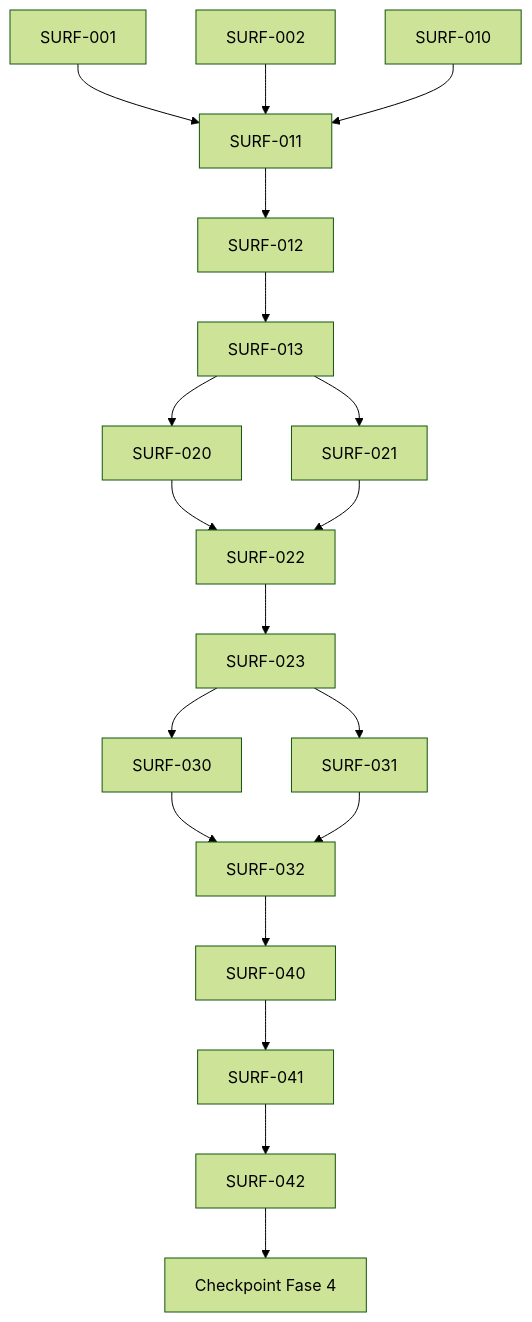
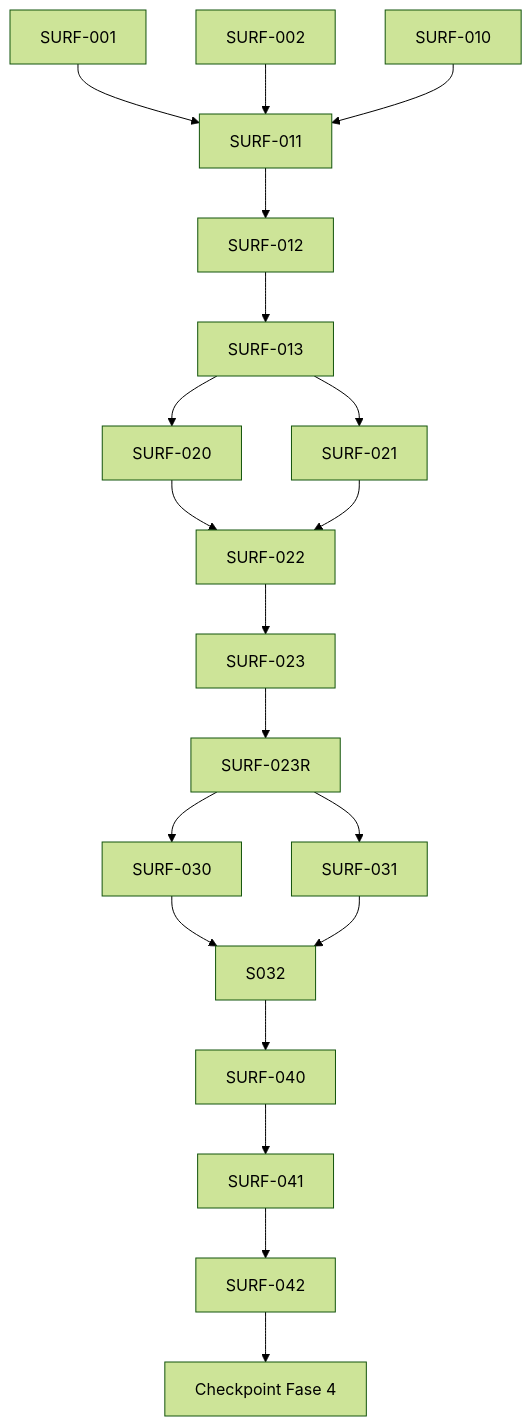
The diagram in .github/agent-tasks/shared-editing-surfaces/MANIFEST.md (Fubeo/Fub), drawn with Mermaid (forest theme) before and after one commit. The commit also changed other lines of this file and 10 other files, not shown here.

````diff
--- a/.github/agent-tasks/shared-editing-surfaces/MANIFEST.md
+++ b/.github/agent-tasks/shared-editing-surfaces/MANIFEST.md
@@ -26,21 +31,22 @@
 ```mermaid
 flowchart TD
     S001[SURF-001] --> S011[SURF-011]
     S002[SURF-002] --> S011
     S010[SURF-010] --> S011
     S011 --> S012[SURF-012]
     S012 --> S013[SURF-013]
     S013 --> S020[SURF-020]
     S013 --> S021[SURF-021]
     S020 --> S022[SURF-022]
     S021 --> S022
     S022 --> S023[SURF-023]
-    S023 --> S030[SURF-030]
-    S023 --> S031[SURF-031]
-    S030 --> S032[SURF-032]
+    S023 --> S023R[SURF-023R]
+    S023R --> S030[SURF-030]
+    S023R --> S031[SURF-031]
+    S030 --> S032
     S031 --> S032
     S032 --> S040[SURF-040]
     S040 --> S041[SURF-041]
     S041 --> S042[SURF-042]
     S042 --> GATE[Checkpoint Fase 4]
 ```
````
